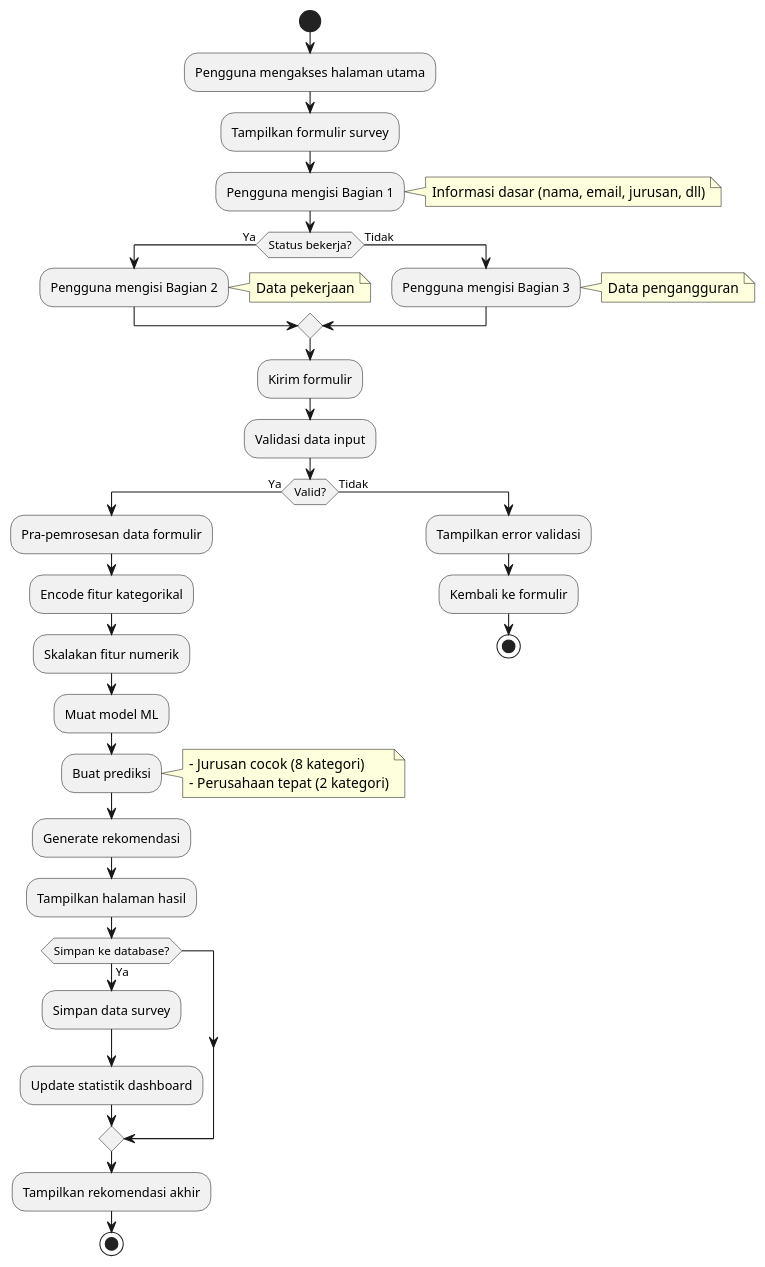
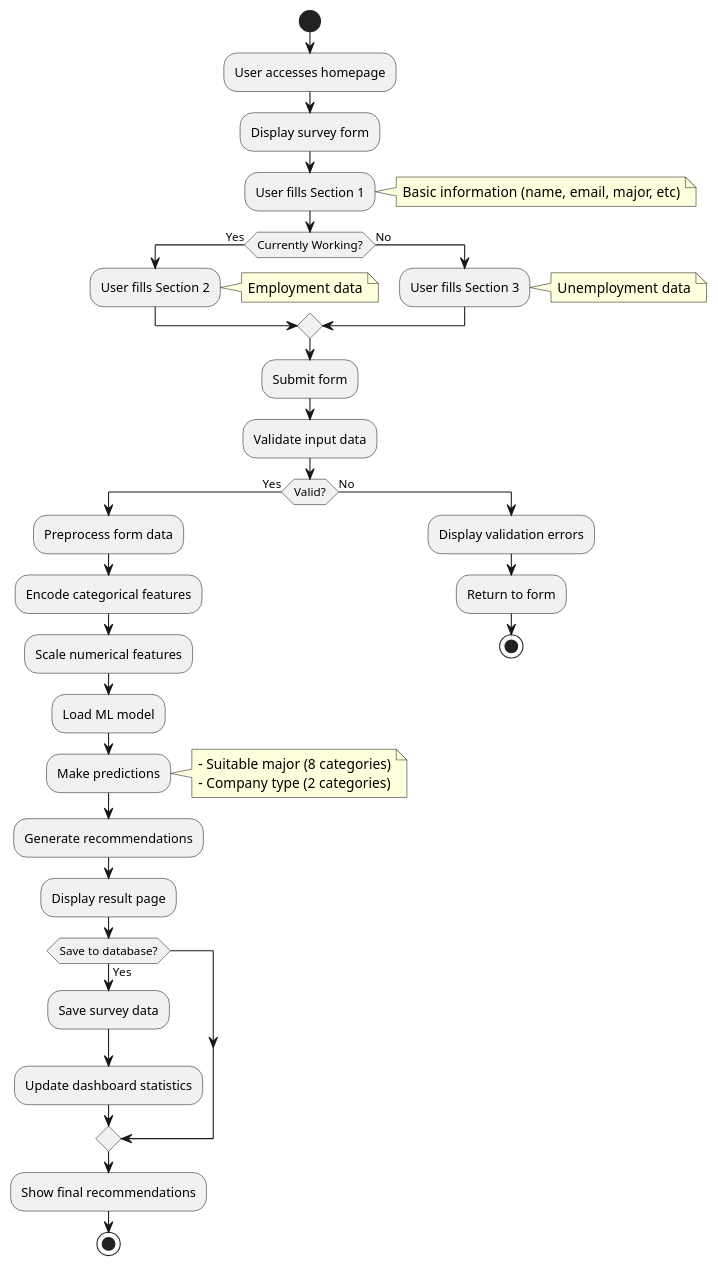
Before and after one commit to aepsaefulloh/Job-Recommend-System: the diagram in diagrams/activity_diagram.puml, drawn with PlantUML. The commit also changed 26 other files, not shown here.

```diff
--- a/diagrams/activity_diagram.puml
+++ b/diagrams/activity_diagram.puml
@@ -2,53 +2,53 @@
-@startuml Diagram Aktivitas - Alur Survey Pengguna
+@startuml Activity Diagram - User Survey Flow
 
 start
 
-:Pengguna mengakses halaman utama;
+:User accesses homepage;
 
-:Tampilkan formulir survey;
+:Display survey form;
 
-:Pengguna mengisi Bagian 1;
-note right: Informasi dasar (nama, email, jurusan, dll)
+:User fills Section 1;
+note right: Basic information (name, email, major, etc)
 
-if (Status bekerja?) then (Ya)
-    :Pengguna mengisi Bagian 2;
-    note right: Data pekerjaan
-else (Tidak)
-    :Pengguna mengisi Bagian 3;
-    note right: Data pengangguran
+if (Currently Working?) then (Yes)
+    :User fills Section 2;
+    note right: Employment data
+else (No)
+    :User fills Section 3;
+    note right: Unemployment data
 endif
 
-:Kirim formulir;
+:Submit form;
 
-:Validasi data input;
+:Validate input data;
 
-if (Valid?) then (Ya)
-    :Pra-pemrosesan data formulir;
-    :Encode fitur kategorikal;
-    :Skalakan fitur numerik;
+if (Valid?) then (Yes)
+    :Preprocess form data;
+    :Encode categorical features;
+    :Scale numerical features;
 
-    :Muat model ML;
-    :Buat prediksi;
+    :Load ML model;
+    :Make predictions;
     note right
-        - Jurusan cocok (8 kategori)
-        - Perusahaan tepat (2 kategori)
+        - Suitable major (8 categories)
+        - Company type (2 categories)
     end note
 
-    :Generate rekomendasi;
-    :Tampilkan halaman hasil;
+    :Generate recommendations;
+    :Display result page;
 
-    if (Simpan ke database?) then (Ya)
-        :Simpan data survey;
-        :Update statistik dashboard;
+    if (Save to database?) then (Yes)
+        :Save survey data;
+        :Update dashboard statistics;
     endif
 
-    :Tampilkan rekomendasi akhir;
+    :Show final recommendations;
     stop
 
-else (Tidak)
-    :Tampilkan error validasi;
-    :Kembali ke formulir;
+else (No)
+    :Display validation errors;
+    :Return to form;
     stop
 endif
 
 @enduml
```
